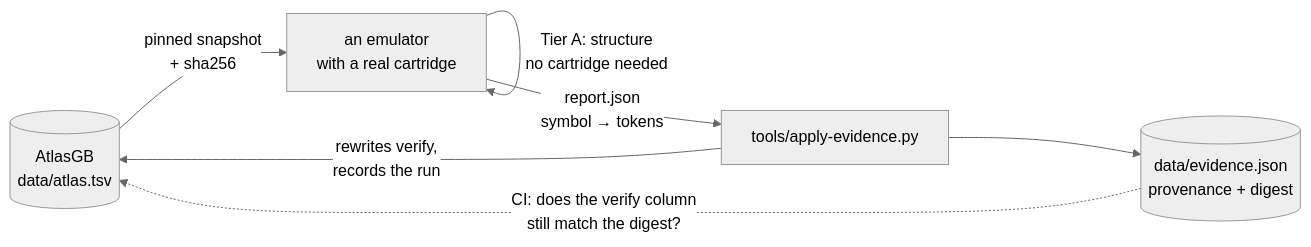
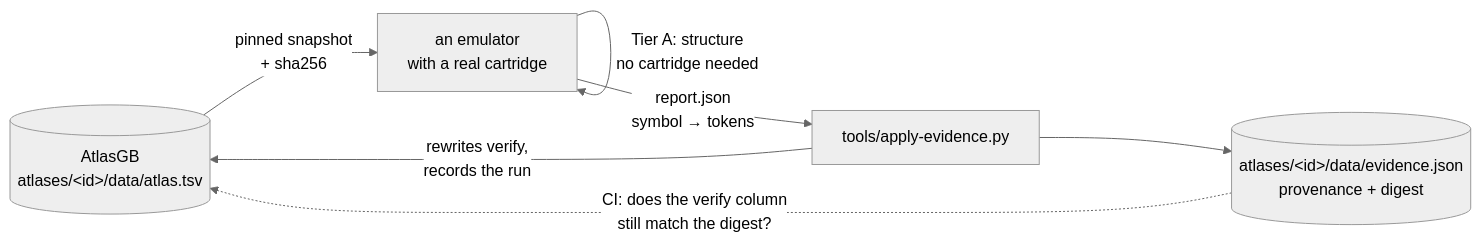
Before and after one commit to Alchemy86/AtlasGB: the diagram in docs/verification.md, drawn with Mermaid (neutral theme). The commit also changed other lines of this file and 53 other files, not shown here.

````diff
--- a/docs/verification.md
+++ b/docs/verification.md
@@ -87,9 +92,9 @@
 ```mermaid
 flowchart LR
-    A[("AtlasGB<br/>data/atlas.tsv")] -->|"pinned snapshot<br/>+ sha256"| E["an emulator<br/>with a real cartridge"]
+    A[("AtlasGB<br/>atlases/&lt;id&gt;/data/atlas.tsv")] -->|"pinned snapshot<br/>+ sha256"| E["an emulator<br/>with a real cartridge"]
     E -->|"Tier A: structure<br/>no cartridge needed"| E
     E -->|"report.json<br/>symbol → tokens"| L["tools/apply-evidence.py"]
     L -->|"rewrites verify,<br/>records the run"| A
-    L --> R[("data/evidence.json<br/>provenance + digest")]
+    L --> R[("atlases/&lt;id&gt;/data/evidence.json<br/>provenance + digest")]
     R -.->|"CI: does the verify column<br/>still match the digest?"| A
 ```
````
